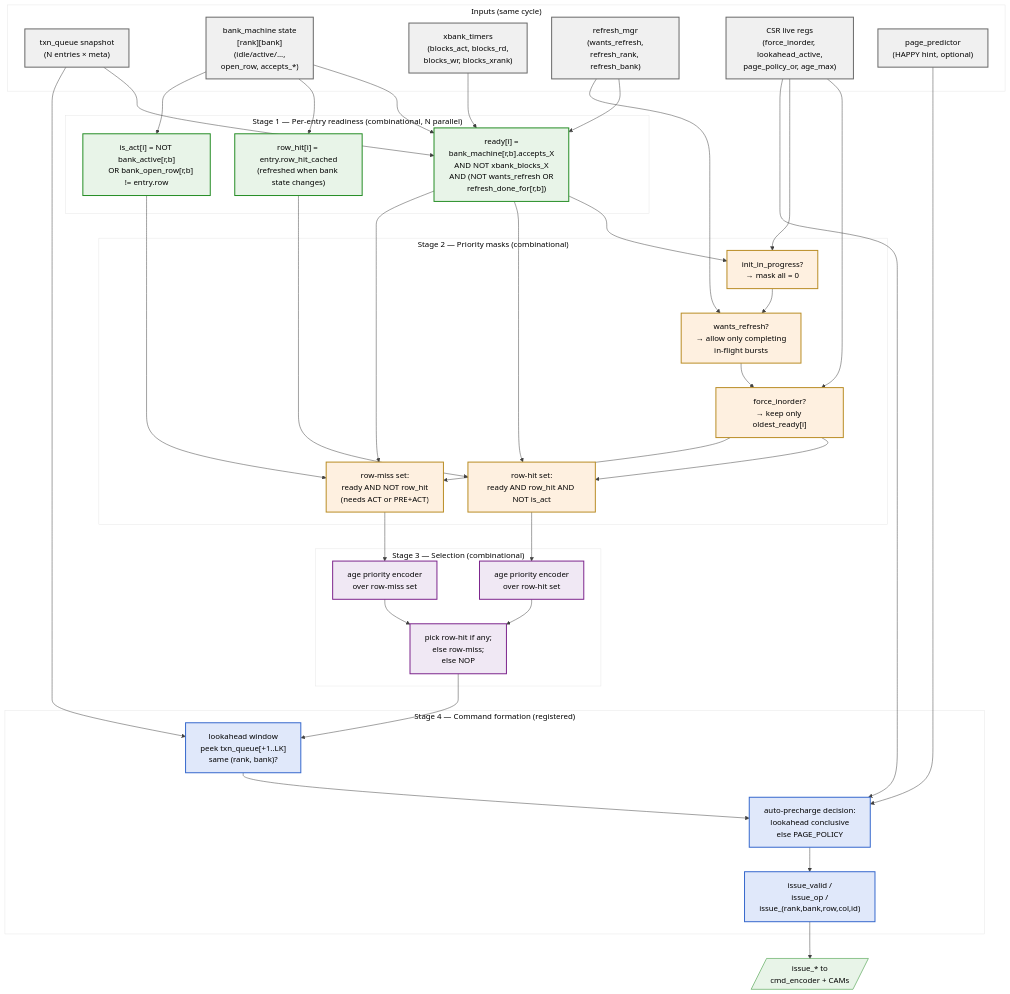
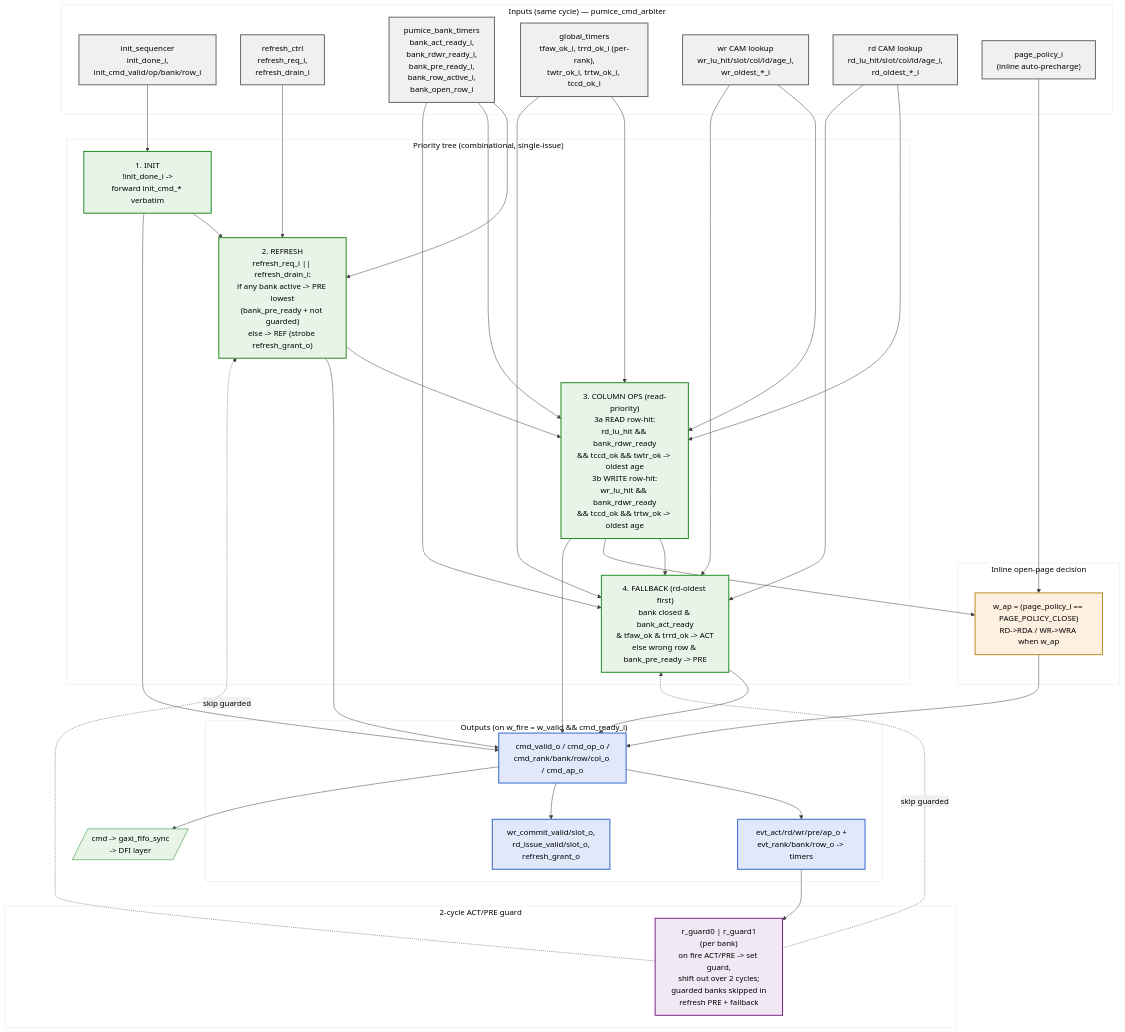
One commit to sean-galloway/RTLDesignSherpa changed the diagram in projects/components/memory-controllers/pumice-ddr2-lpddr2/docs/pumice_mas/assets/mermaid/05_scheduler_priority_pipeline.mmd. Above: the diagram before and after it, drawn with Mermaid. The commit also changed 136 other files, not shown here.

First line of the commit message:
docs(pumice): full HAS/MAS sweep — reconcile specs with rearchitected RTL

```diff
--- a/projects/components/memory-controllers/pumice-ddr2-lpddr2/docs/pumice_mas/assets/mermaid/05_scheduler_priority_pipeline.mmd
+++ b/projects/components/memory-controllers/pumice-ddr2-lpddr2/docs/pumice_mas/assets/mermaid/05_scheduler_priority_pipeline.mmd
@@ -1,83 +1,75 @@
 %%{init: {'theme': 'base', 'themeVariables': { 'primaryColor': '#e8f4e8', 'primaryTextColor': '#000', 'primaryBorderColor': '#228B22', 'lineColor': '#404040', 'secondaryColor': '#f0f0f0', 'tertiaryColor': '#fff'}}}%%
 flowchart TB
-    subgraph IN["Inputs (same cycle)"]
-        qsnap["txn_queue snapshot<br/>(N entries × meta)"]
-        bstate["bank_machine state<br/>[rank][bank]<br/>(idle/active/...,<br/>open_row, accepts_*)"]
-        xbank["xbank_timers<br/>(blocks_act, blocks_rd,<br/>blocks_wr, blocks_xrank)"]
-        refbus["refresh_mgr<br/>(wants_refresh,<br/>refresh_rank, refresh_bank)"]
-        cfgbits["CSR live regs<br/>(force_inorder, lookahead_active,<br/>page_policy_or, age_max)"]
-        pred["page_predictor<br/>(HAPPY hint, optional)"]
+    subgraph IN["Inputs (same cycle) — pumice_cmd_arbiter"]
+        initin["init_sequencer<br/>init_done_i,<br/>init_cmd_valid/op/bank/row_i"]
+        refin["refresh_ctrl<br/>refresh_req_i,<br/>refresh_drain_i"]
+        bankrdy["pumice_bank_timers<br/>bank_act_ready_i,<br/>bank_rdwr_ready_i,<br/>bank_pre_ready_i,<br/>bank_row_active_i,<br/>bank_open_row_i"]
+        globrdy["global_timers<br/>tfaw_ok_i, trrd_ok_i (per-rank),<br/>twtr_ok_i, trtw_ok_i, tccd_ok_i"]
+        wrlu["wr CAM lookup<br/>wr_lu_hit/slot/col/id/age_i,<br/>wr_oldest_*_i"]
+        rdlu["rd CAM lookup<br/>rd_lu_hit/slot/col/id/age_i,<br/>rd_oldest_*_i"]
+        cfg["page_policy_i<br/>(inline auto-precharge)"]
     end
 
-    subgraph STAGE1["Stage 1 — Per-entry readiness (combinational, N parallel)"]
-        ready["ready[i] =<br/>bank_machine[r,b].accepts_X<br/>AND NOT xbank_blocks_X<br/>AND (NOT wants_refresh OR<br/>     refresh_done_for[r,b])"]
-        rowhit["row_hit[i] = entry.row_hit_cached<br/>(refreshed when bank state changes)"]
-        is_act["is_act[i] = NOT bank_active[r,b]<br/>     OR bank_open_row[r,b] != entry.row"]
+    subgraph PRIO["Priority tree (combinational, single-issue)"]
+        p1["1. INIT<br/>!init_done_i -><br/>forward init_cmd_* verbatim"]
+        p2["2. REFRESH<br/>refresh_req_i || refresh_drain_i:<br/>if any bank active -> PRE lowest<br/>(bank_pre_ready + not guarded)<br/>else -> REF (strobe refresh_grant_o)"]
+        p3["3. COLUMN OPS (read-priority)<br/>3a READ row-hit:<br/>rd_lu_hit && bank_rdwr_ready<br/>&& tccd_ok && twtr_ok -> oldest age<br/>3b WRITE row-hit:<br/>wr_lu_hit && bank_rdwr_ready<br/>&& tccd_ok && trtw_ok -> oldest age"]
+        p4["4. FALLBACK (rd-oldest first)<br/>bank closed & bank_act_ready<br/>& tfaw_ok & trrd_ok -> ACT<br/>else wrong row & bank_pre_ready -> PRE"]
     end
 
-    subgraph STAGE2["Stage 2 — Priority masks (combinational)"]
-        init_gate["init_in_progress?<br/>→ mask all = 0"]
-        refresh_gate["wants_refresh?<br/>→ allow only completing<br/>  in-flight bursts"]
-        force_in["force_inorder?<br/>→ keep only oldest_ready[i]"]
-        hit_pri["row-hit set:<br/>ready AND row_hit AND NOT is_act"]
-        miss_pri["row-miss set:<br/>ready AND NOT row_hit<br/>(needs ACT or PRE+ACT)"]
+    subgraph AP["Inline open-page decision"]
+        apbit["w_ap = (page_policy_i == PAGE_POLICY_CLOSE)<br/>RD->RDA / WR->WRA when w_ap"]
     end
 
-    subgraph STAGE3["Stage 3 — Selection (combinational)"]
-        sel_hit["age priority encoder<br/>over row-hit set"]
-        sel_miss["age priority encoder<br/>over row-miss set"]
-        pick["pick row-hit if any;<br/>else row-miss;<br/>else NOP"]
+    subgraph GUARD["2-cycle ACT/PRE guard"]
+        g["r_guard0 | r_guard1<br/>(per bank)<br/>on fire ACT/PRE -> set guard,<br/>shift out over 2 cycles;<br/>guarded banks skipped in<br/>refresh PRE + fallback"]
     end
 
-    subgraph STAGE4["Stage 4 — Command formation (registered)"]
-        lookahead["lookahead window<br/>peek txn_queue[+1..LK]<br/>same (rank, bank)?"]
-        autopre["auto-precharge decision:<br/>lookahead conclusive<br/>else PAGE_POLICY"]
-        cmd_reg["issue_valid /<br/>issue_op /<br/>issue_(rank,bank,row,col,id)"]
+    subgraph OUTB["Outputs (on w_fire = w_valid && cmd_ready_i)"]
+        cmd["cmd_valid_o / cmd_op_o /<br/>cmd_rank/bank/row/col_o / cmd_ap_o"]
+        evt["evt_act/rd/wr/pre/ap_o +<br/>evt_rank/bank/row_o -> timers"]
+        commit["wr_commit_valid/slot_o,<br/>rd_issue_valid/slot_o,<br/>refresh_grant_o"]
     end
 
-    qsnap --> ready
-    bstate --> ready
-    bstate --> rowhit
-    bstate --> is_act
-    xbank --> ready
-    refbus --> ready
-    refbus --> refresh_gate
+    initin --> p1
+    refin --> p2
+    bankrdy --> p2
+    bankrdy --> p3
+    bankrdy --> p4
+    globrdy --> p3
+    globrdy --> p4
+    wrlu --> p3
+    rdlu --> p3
+    wrlu --> p4
+    rdlu --> p4
 
-    ready --> init_gate
-    ready --> hit_pri
-    ready --> miss_pri
-    rowhit --> hit_pri
-    is_act --> miss_pri
-    cfgbits --> force_in
-    cfgbits --> init_gate
+    p1 --> p2
+    p2 --> p3
+    p3 --> p4
 
-    init_gate --> refresh_gate
-    refresh_gate --> force_in
-    force_in --> hit_pri
-    force_in --> miss_pri
+    cfg --> apbit
+    p3 --> apbit
+    g -.skip guarded.-> p2
+    g -.skip guarded.-> p4
 
-    hit_pri --> sel_hit
-    miss_pri --> sel_miss
-    sel_hit --> pick
-    sel_miss --> pick
-
-    pick --> lookahead
-    qsnap --> lookahead
-    cfgbits --> autopre
-    pred --> autopre
-    lookahead --> autopre
-    autopre --> cmd_reg
-
-    cmd_reg --> OUT[/"issue_* to<br/>cmd_encoder + CAMs"/]
+    p1 --> cmd
+    p2 --> cmd
+    p3 --> cmd
+    p4 --> cmd
+    apbit --> cmd
+    cmd --> evt
+    cmd --> commit
+    evt --> g
+    cmd --> FIFO[/"cmd -> gaxi_fifo_sync<br/>-> DFI layer"/]
 
     classDef inblock fill:#f0f0f0,stroke:#666666,stroke-width:2px
-    classDef s1 fill:#e8f4e8,stroke:#228B22,stroke-width:2px
-    classDef s2 fill:#fef0e0,stroke:#B88B22,stroke-width:2px
-    classDef s3 fill:#f0e8f4,stroke:#7B228B,stroke-width:2px
-    classDef s4 fill:#e0e8fa,stroke:#3366CC,stroke-width:2px
+    classDef prio fill:#e8f4e8,stroke:#228B22,stroke-width:2px
+    classDef apb fill:#fef0e0,stroke:#B88B22,stroke-width:2px
+    classDef guard fill:#f0e8f4,stroke:#7B228B,stroke-width:2px
+    classDef outblock fill:#e0e8fa,stroke:#3366CC,stroke-width:2px
 
-    class qsnap,bstate,xbank,refbus,cfgbits,pred inblock
-    class ready,rowhit,is_act s1
-    class init_gate,refresh_gate,force_in,hit_pri,miss_pri s2
-    class sel_hit,sel_miss,pick s3
-    class lookahead,autopre,cmd_reg s4
+    class initin,refin,bankrdy,globrdy,wrlu,rdlu,cfg inblock
+    class p1,p2,p3,p4 prio
+    class apbit apb
+    class g guard
+    class cmd,evt,commit outblock
```
